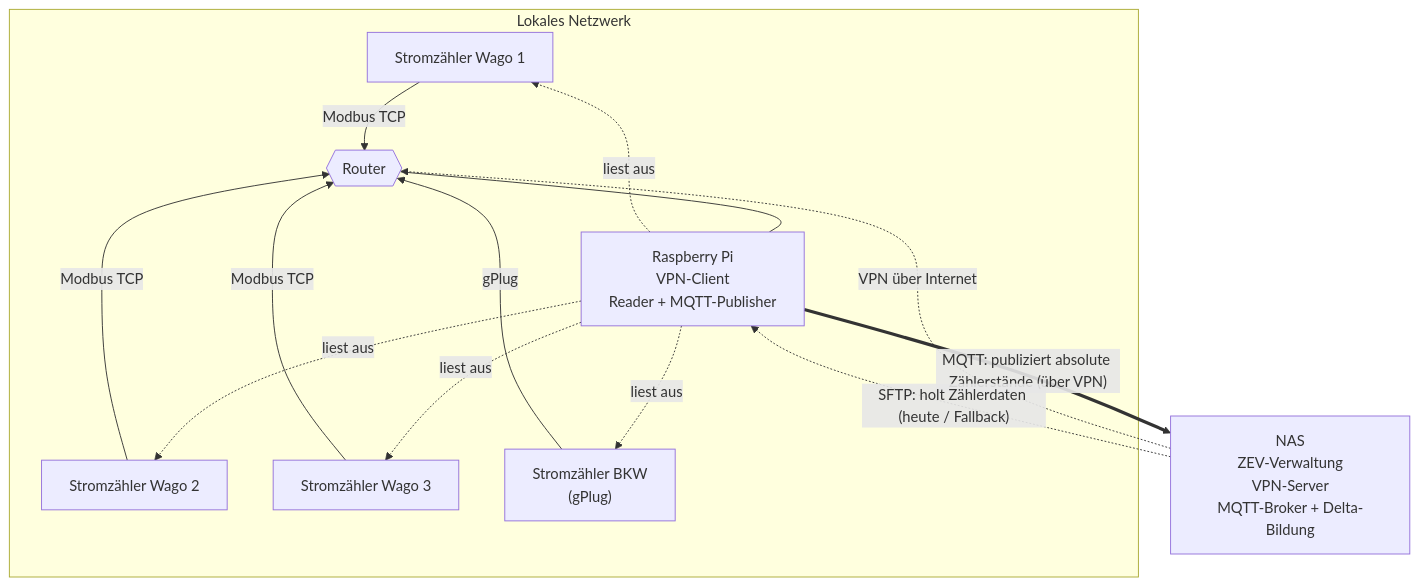
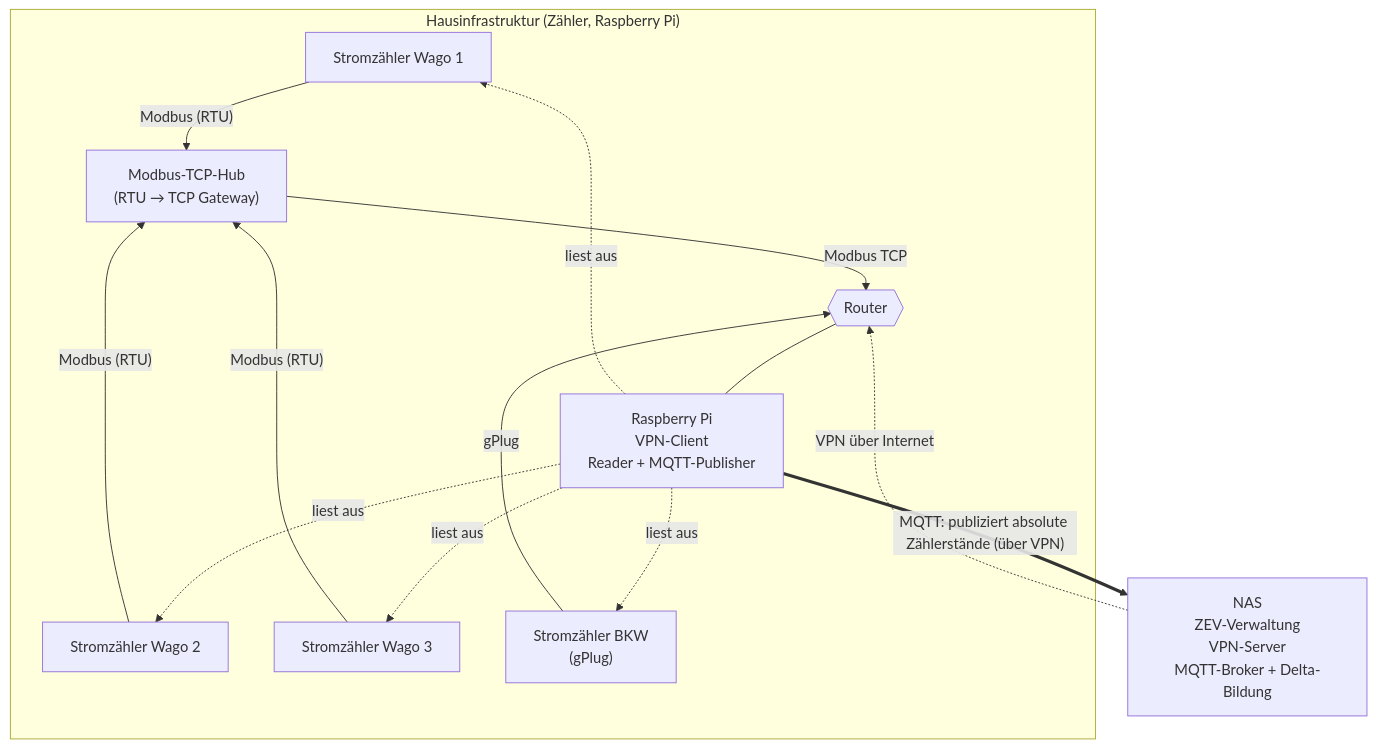
One commit to ursnacht/ZEV changed the diagram in docs/Netzwerk-Topologie-Hene.md. Above: the diagram before and after it, drawn with Mermaid. The commit also changed other lines of this file and 10 other files, not shown here.

First line of the commit message:
Deployment-Skripte + Netzwerk-Topologie (Modbus-TCP-Hub)

````diff
--- a/docs/Netzwerk-Topologie-Hene.md
+++ b/docs/Netzwerk-Topologie-Hene.md
@@ -3,28 +3,29 @@
 ```mermaid
 flowchart TB
-    subgraph Lokales_Netzwerk["Lokales Netzwerk"]
+    subgraph Lokales_Netzwerk["Hausinfrastruktur (Zähler, Raspberry Pi)"]
         W1["Stromzähler Wago 1"]
         W2["Stromzähler Wago 2"]
         W3["Stromzähler Wago 3"]
+        HUB["Modbus-TCP-Hub<br/>(RTU → TCP Gateway)"]
         BKW["Stromzähler BKW<br/>(gPlug)"]
         ROUTER{{"Router"}}
         RPI["Raspberry Pi<br/>VPN-Client<br/>Reader + MQTT-Publisher"]
     end
 
     NAS["NAS<br/>ZEV-Verwaltung<br/>VPN-Server<br/>MQTT-Broker + Delta-Bildung"]
 
-    W1 -- "Modbus TCP" --> ROUTER
-    W2 -- "Modbus TCP" --> ROUTER
-    W3 -- "Modbus TCP" --> ROUTER
+    W1 -- "Modbus (RTU)" --> HUB
+    W2 -- "Modbus (RTU)" --> HUB
+    W3 -- "Modbus (RTU)" --> HUB
+    HUB -- "Modbus TCP" --> ROUTER
     BKW -- "gPlug" --> ROUTER
     ROUTER --- RPI
 
     RPI -. "liest aus" .-> W1
     RPI -. "liest aus" .-> W2
     RPI -. "liest aus" .-> W3
     RPI -. "liest aus" .-> BKW
 
     NAS -. "VPN über Internet" .-> ROUTER
     RPI == "MQTT: publiziert absolute Zählerstände (über VPN)" ==> NAS
-    NAS -. "SFTP: holt Zählerdaten (heute / Fallback)" .-> RPI
 ```
````
